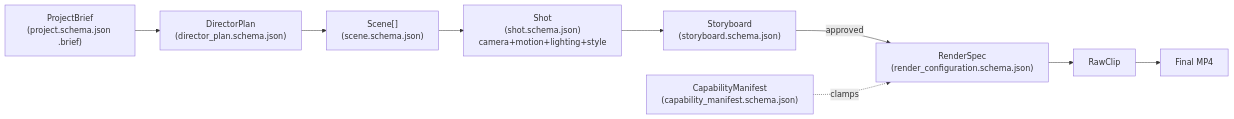
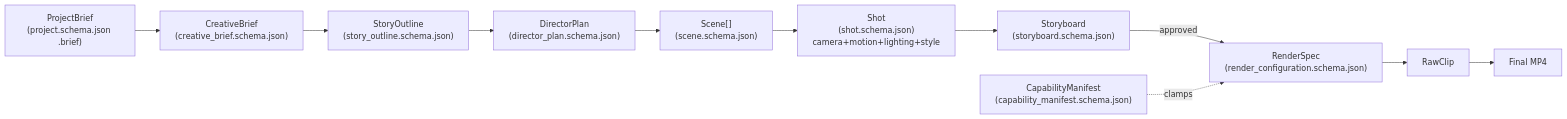
One commit to Y1X0/sallehly-ai-engine changed the second of 2 diagrams in docs/ARCHITECTURE.md. Above: the diagram before and after it, drawn with Mermaid. The commit also changed other lines of this file and 55 other files, not shown here.

First line of the commit message:
Phase 1: Creative Director pipeline (Brief Parser -> Story Planner -> Scene/Shot generation)

````diff
--- a/docs/ARCHITECTURE.md
+++ b/docs/ARCHITECTURE.md
@@ -53,11 +65,13 @@
 ```mermaid
 flowchart LR
-    Brief["ProjectBrief<br/>(project.schema.json .brief)"] --> DP["DirectorPlan<br/>(director_plan.schema.json)"]
+    Brief["ProjectBrief<br/>(project.schema.json .brief)"] --> CB["CreativeBrief<br/>(creative_brief.schema.json)"]
+    CB --> SO["StoryOutline<br/>(story_outline.schema.json)"]
+    SO --> DP["DirectorPlan<br/>(director_plan.schema.json)"]
     DP --> Scene["Scene[]<br/>(scene.schema.json)"]
     Scene --> Shot["Shot<br/>(shot.schema.json)<br/>camera+motion+lighting+style"]
     Shot --> SB["Storyboard<br/>(storyboard.schema.json)"]
     SB -->|approved| RS["RenderSpec<br/>(render_configuration.schema.json)"]
     CM["CapabilityManifest<br/>(capability_manifest.schema.json)"] -.clamps.-> RS
     RS --> Clip["RawClip"]
     Clip --> Final["Final MP4"]
 ```
````
